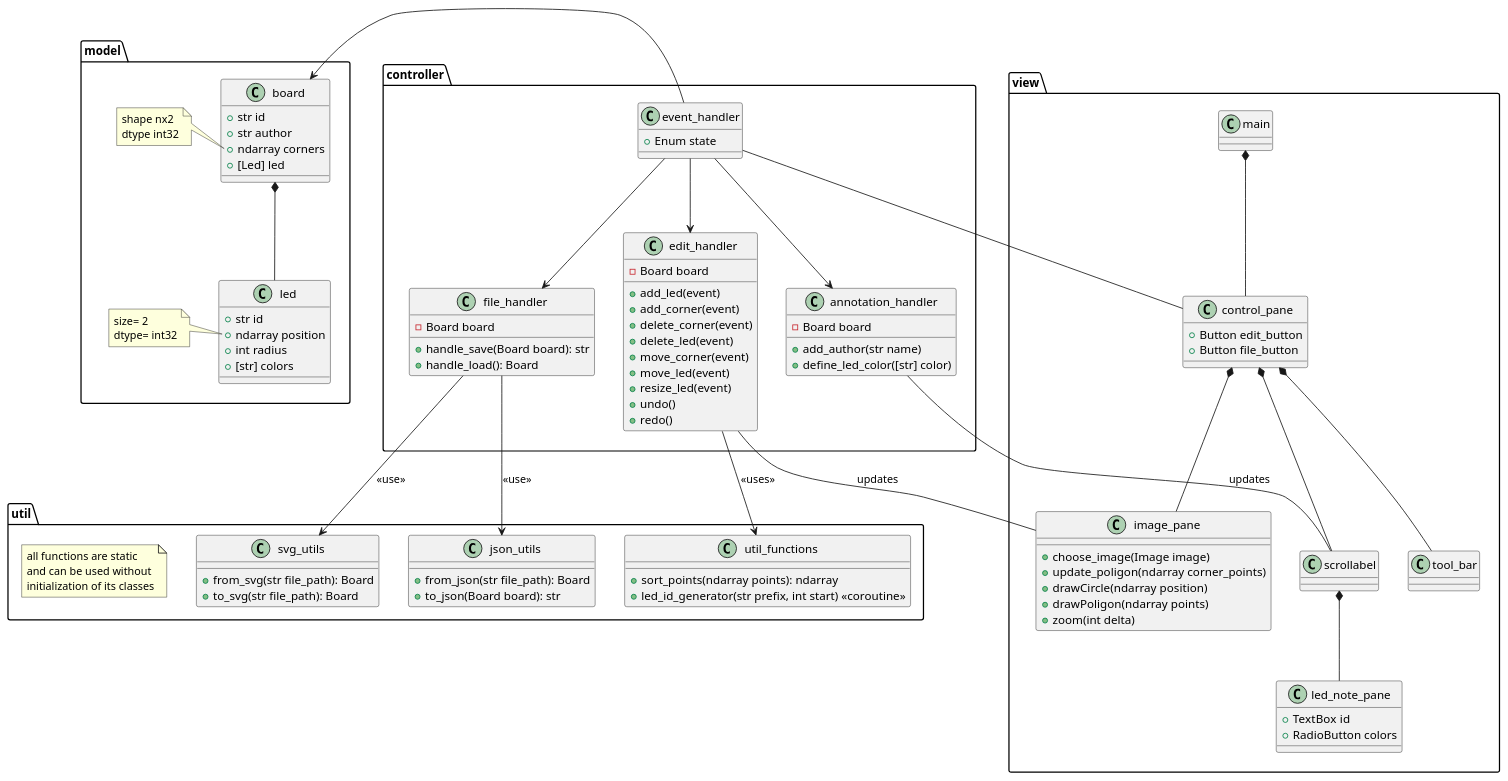
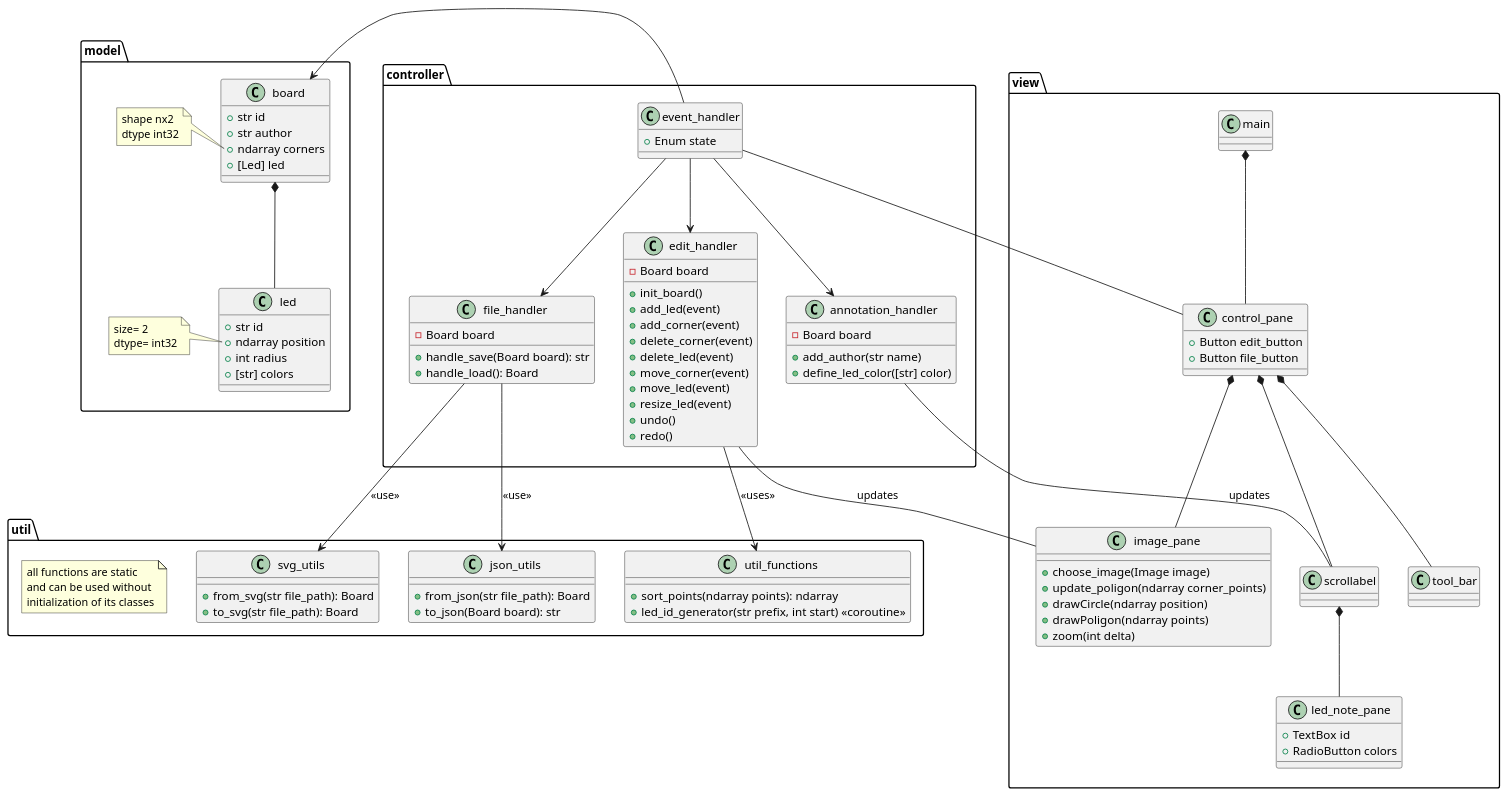
The diagram in docs/source/uml/BDG.puml (SE-Projekt-LED-Detection/LED-Detection), drawn with PlantUML before and after one commit. The commit also changed 4 other files, not shown here.

```diff
--- a/docs/source/uml/BDG.puml
+++ b/docs/source/uml/BDG.puml
@@ -1,163 +1,164 @@
 @startuml
 
 
 
 
 
 package util {
 
     class svg_utils {
         + from_svg(str file_path): Board
         + to_svg(str file_path): Board
 
     }
     class json_utils {
         + from_json(str file_path): Board
         + to_json(Board board): str
     }
 
     class util_functions {
         + sort_points(ndarray points): ndarray
         + led_id_generator(str prefix, int start) <<coroutine>>
     }
 
     note as N1
     all functions are static
     and can be used without
     initialization of its classes
     end note
 
 }
 
 package view {
     class main {}
 
     class control_pane {
         + Button edit_button
         + Button file_button
 
     }
 
     class image_pane {
         + choose_image(Image image)
         + update_poligon(ndarray corner_points)
         + drawCircle(ndarray position)
         + drawPoligon(ndarray points)
         + zoom(int delta)
     }
 
     class tool_bar {
 
     }
 
     class led_note_pane {
         + TextBox id
         + RadioButton colors
     }
 
     main *-- control_pane
 
     control_pane *-- image_pane
 
     control_pane *-- tool_bar
     control_pane *-- scrollabel
     scrollabel *-- led_note_pane
 
 
 
 
 
 }
 
 package controller {
     class file_handler {
         - Board board
         + handle_save(Board board): str
         + handle_load(): Board
 
 
     }
 
     class edit_handler {
         - Board board
 
+        + init_board()
         + add_led(event)
         + add_corner(event)
         + delete_corner(event)
         + delete_led(event)
         + move_corner(event)
         + move_led(event)
         + resize_led(event)
         + undo()
         + redo()
 
     }
 
     class annotation_handler {
         - Board board
         + add_author(str name)
         + define_led_color([str] color)
 
 
     }
 
     class event_handler{
         + Enum state
 
 
 
     }
 
     event_handler --> edit_handler
     event_handler --> annotation_handler
     event_handler --> file_handler
 
 
 
 
 
 
 
 }
 
 package model {
     class led {
         + str id
         + ndarray position
         + int radius
         + [str] colors
     }
     note left of led::position
     size= 2
     dtype= int32
     end note
 
     class board {
         + str id
         + str author
         + ndarray corners
         + [Led] led
     }
 
     note left of board::corners
     shape nx2
     dtype int32
     end note
 
     board *-d- led
 
 
 }
 control_pane --d-- event_handler
 file_handler -d-> svg_utils: <<use>>
 file_handler -d-> json_utils: <<use>>
 edit_handler -d-> util_functions: <<uses>>
 event_handler -l-> board
 
 controller --[hidden]l-- model
 view --[hidden]l-- model
 edit_handler -- image_pane: updates
 annotation_handler -- scrollabel: updates
 
 
 @enduml
```
